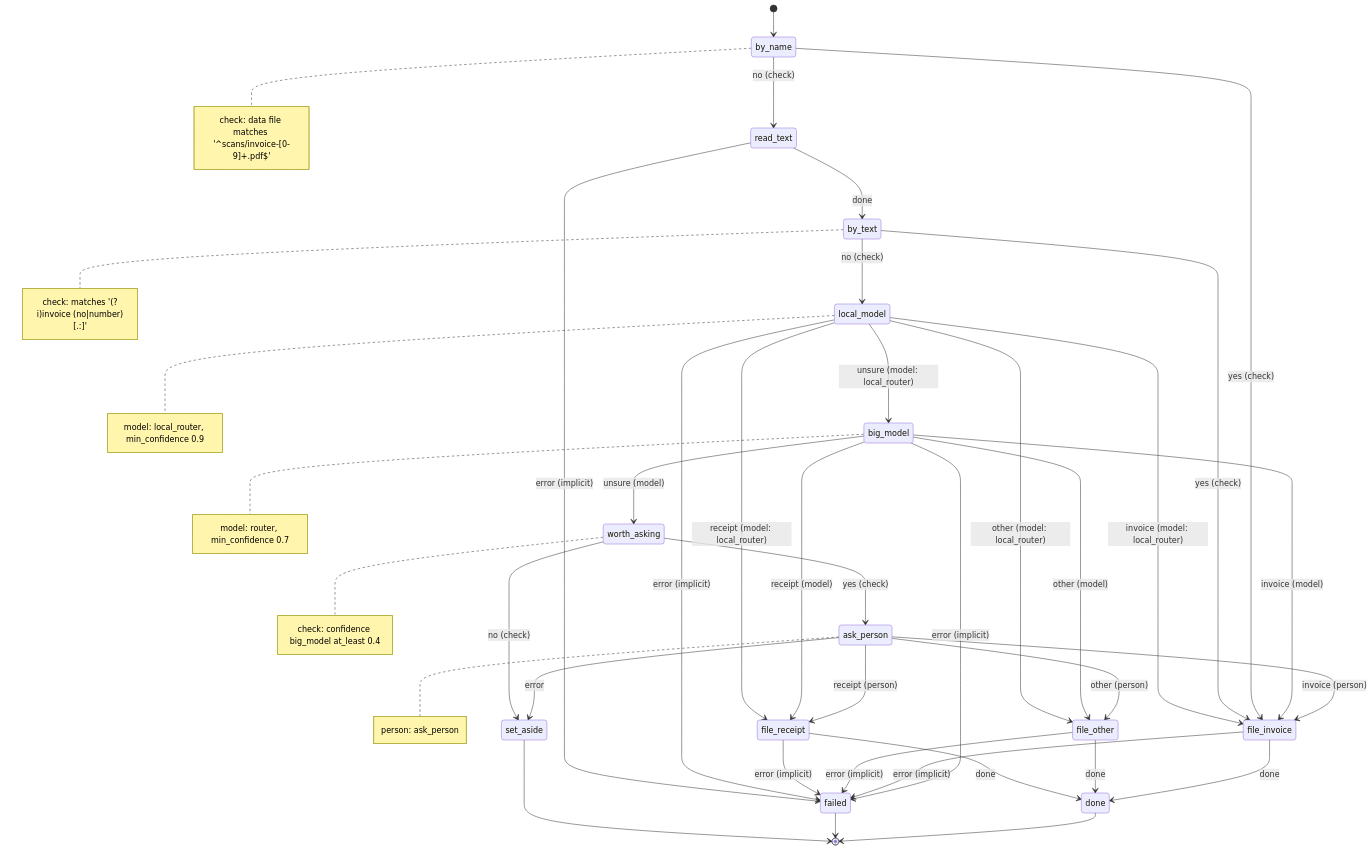
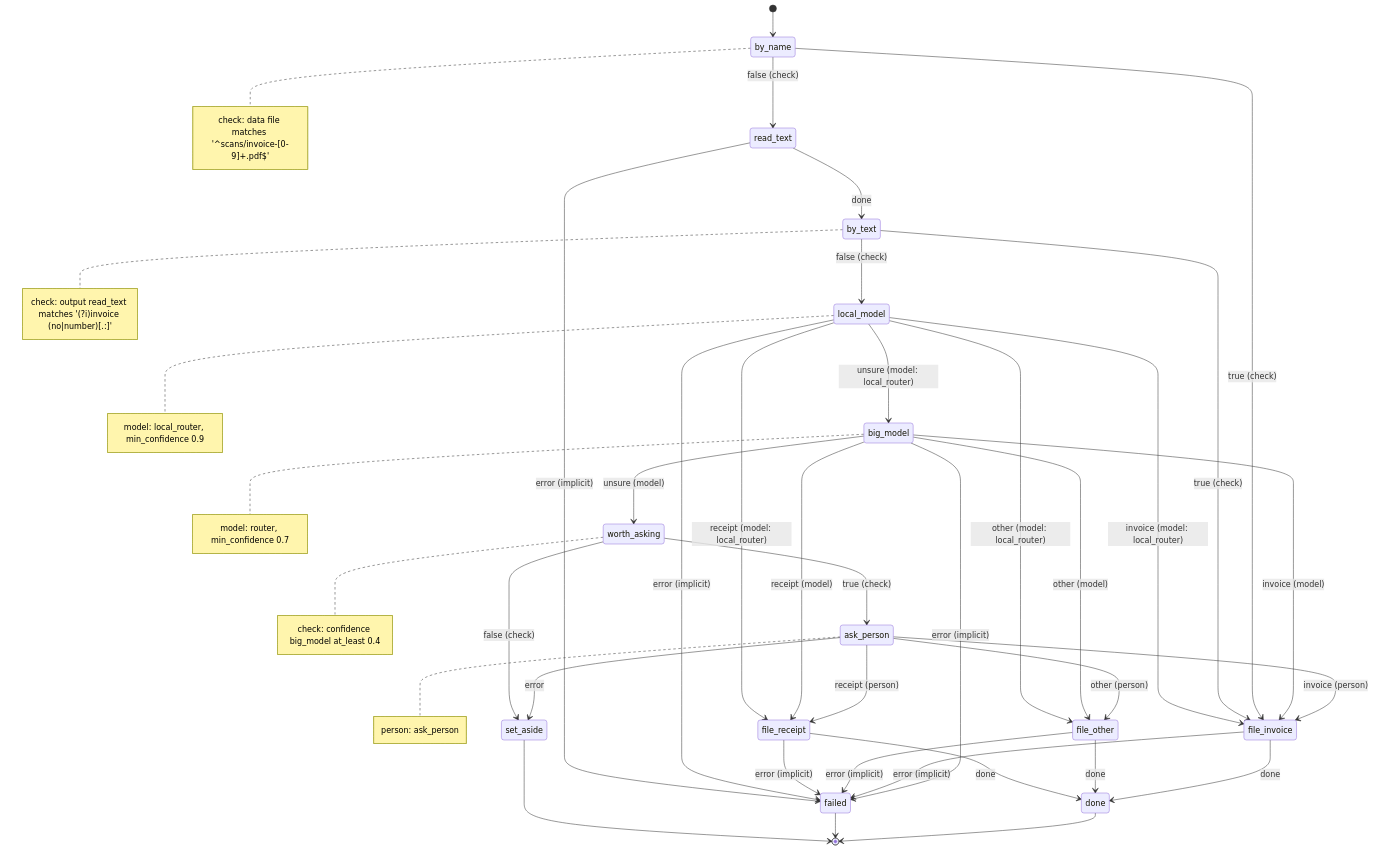
Before and after one commit to jtmckay/decree: the diagram in mock/.decree/graph/sort_document.md, drawn with Mermaid. The commit also changed 95 other files, not shown here.

````diff
--- a/mock/.decree/graph/sort_document.md
+++ b/mock/.decree/graph/sort_document.md
@@ -7,53 +7,53 @@
 ```mermaid
 stateDiagram-v2
     [*] --> by_name
     ask_person --> set_aside: error
     ask_person --> file_invoice: invoice (person)
     ask_person --> file_other: other (person)
     ask_person --> file_receipt: receipt (person)
     big_model --> failed: error (implicit)
     big_model --> file_invoice: invoice (model)
     big_model --> file_other: other (model)
     big_model --> file_receipt: receipt (model)
     big_model --> worth_asking: unsure (model)
-    by_name --> read_text: no (check)
-    by_name --> file_invoice: yes (check)
-    by_text --> local_model: no (check)
-    by_text --> file_invoice: yes (check)
+    by_name --> read_text: false (check)
+    by_name --> file_invoice: true (check)
+    by_text --> local_model: false (check)
+    by_text --> file_invoice: true (check)
     file_invoice --> done: done
     file_invoice --> failed: error (implicit)
     file_other --> done: done
     file_other --> failed: error (implicit)
     file_receipt --> done: done
     file_receipt --> failed: error (implicit)
     local_model --> failed: error (implicit)
     local_model --> file_invoice: invoice (model: local_router)
     local_model --> file_other: other (model: local_router)
     local_model --> file_receipt: receipt (model: local_router)
     local_model --> big_model: unsure (model: local_router)
     read_text --> by_text: done
     read_text --> failed: error (implicit)
-    worth_asking --> set_aside: no (check)
-    worth_asking --> ask_person: yes (check)
+    worth_asking --> set_aside: false (check)
+    worth_asking --> ask_person: true (check)
     done --> [*]
     failed --> [*]
     set_aside --> [*]
     note right of ask_person
         person: ask_person
     end note
     note right of big_model
         model: router, min_confidence 0.7
     end note
     note right of by_name
         check: data file matches '^scans/invoice-[0-9]+\.pdf$'
     end note
     note right of by_text
-        check: matches '(?i)invoice (no|number)[.:]'
+        check: output read_text matches '(?i)invoice (no|number)[.:]'
     end note
     note right of local_model
         model: local_router, min_confidence 0.9
     end note
     note right of worth_asking
         check: confidence big_model at_least 0.4
     end note
 ```
````
